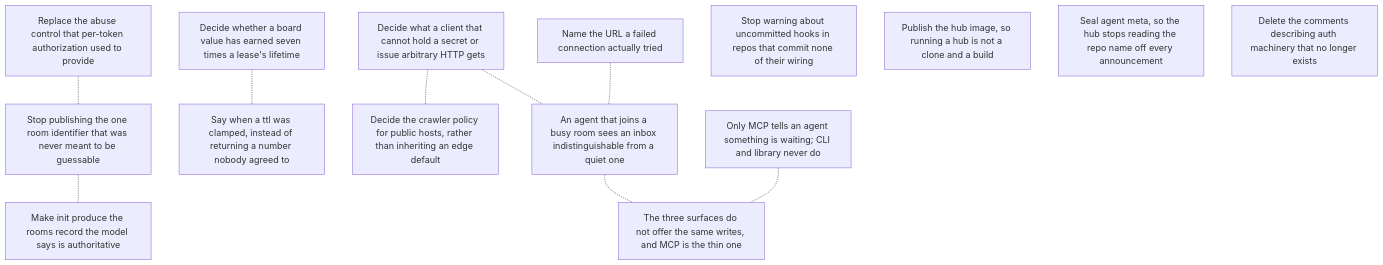
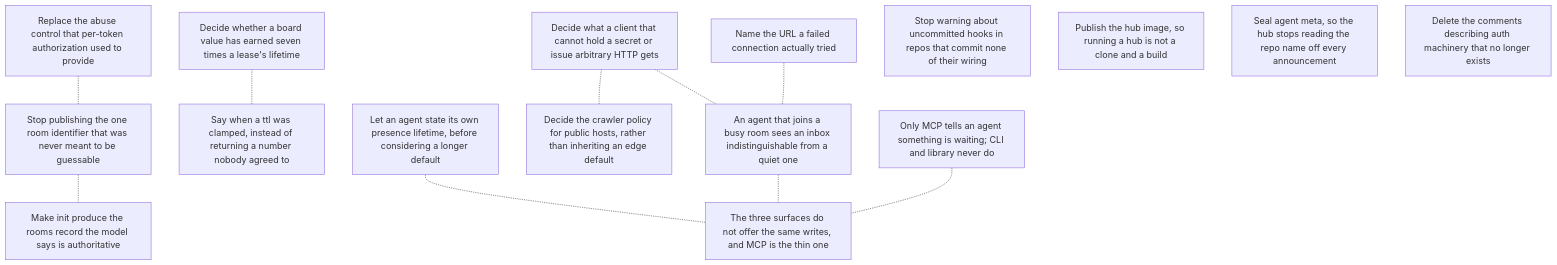
Before and after one commit to gald33/switchboard: the diagram in roadmap/ROADMAP.md, drawn with Mermaid. The commit also changed other lines of this file and 4 other files, not shown here.

````diff
--- a/roadmap/ROADMAP.md
+++ b/roadmap/ROADMAP.md
@@ -62,26 +65,28 @@
 ```mermaid
 graph TD
   abuse_control_after_authorization["Replace the abuse control that per-token authorization used to provide"]
   board_ttl_ceiling["Decide whether a board value has earned seven times a lease's lifetime"]
   ci_workspace_is_public["Stop publishing the one room identifier that was never meant to be guessable"]
   clients_that_cannot_post["Decide what a client that cannot hold a secret or issue arbitrary HTTP gets"]
   connect_failure_message["Name the URL a failed connection actually tried"]
   hooks_warning_false_positive["Stop warning about uncommitted hooks in repos that commit none of their wiring"]
   init_writes_rooms_file["Make init produce the rooms record the model says is authoritative"]
   joining_agent_sees_empty_inbox["An agent that joins a busy room sees an inbox indistinguishable from a quiet one"]
+  presence_ttl_is_not_one_size["Let an agent state its own presence lifetime, before considering a longer default"]
   publish_hub_container_image["Publish the hub image, so running a hub is not a clone and a build"]
   robots_policy_for_public_hosts["Decide the crawler policy for public hosts, rather than inheriting an edge default"]
   seal_agent_meta["Seal agent meta, so the hub stops reading the repo name off every announcement"]
   stale_resolver_references["Delete the comments describing auth machinery that no longer exists"]
   ttl_clamped_silently["Say when a ttl was clamped, instead of returning a number nobody agreed to"]
   unread_dms_not_shown_outside_mcp["Only MCP tells an agent something is waiting; CLI and library never do"]
   write_parity_across_surfaces["The three surfaces do not offer the same writes, and MCP is the thin one"]
   abuse_control_after_authorization -.- ci_workspace_is_public
   board_ttl_ceiling -.- ttl_clamped_silently
   ci_workspace_is_public -.- init_writes_rooms_file
   clients_that_cannot_post -.- joining_agent_sees_empty_inbox
   clients_that_cannot_post -.- robots_policy_for_public_hosts
   connect_failure_message -.- joining_agent_sees_empty_inbox
   joining_agent_sees_empty_inbox -.- write_parity_across_surfaces
+  presence_ttl_is_not_one_size -.- write_parity_across_surfaces
   unread_dms_not_shown_outside_mcp -.- write_parity_across_surfaces
 ```
````
